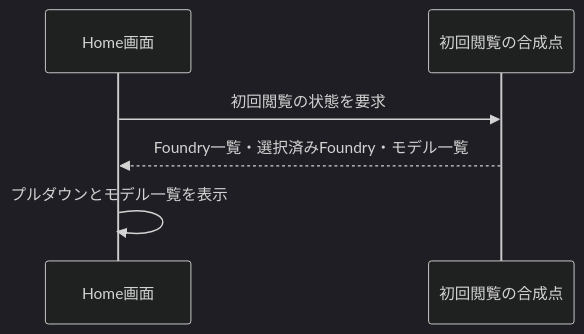
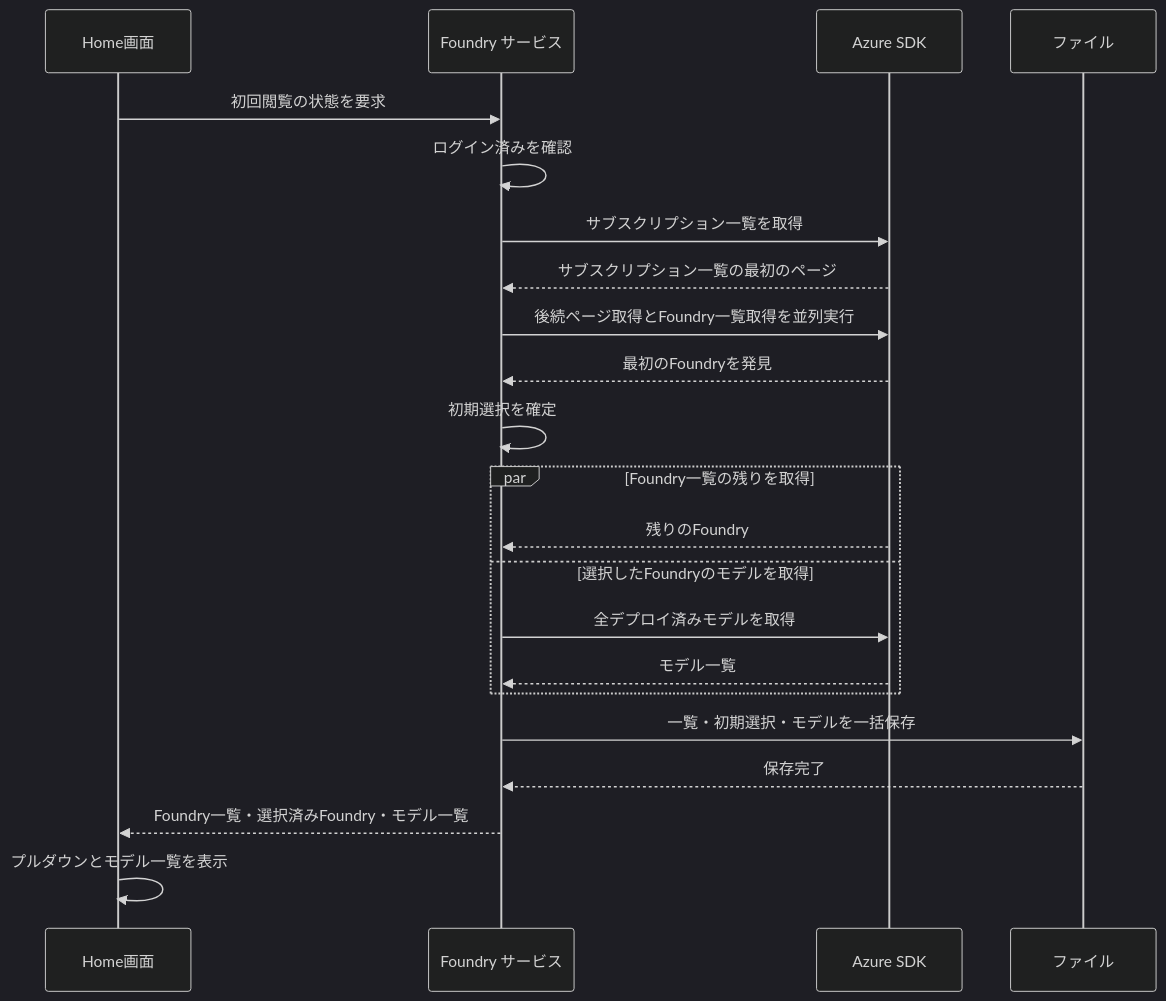
Before and after one commit to nuitsjp/azfoundry-deck: the fourth of 4 diagrams in docs/design/UCP-1.md, drawn with Mermaid (dark theme). The commit also changed other lines of this file and 20 other files, not shown here.

Commit message:
Connect initial Foundry browsing to Azure and file storage

````diff
--- a/docs/design/UCP-1.md
+++ b/docs/design/UCP-1.md
@@ -60,8 +63,24 @@
 ```mermaid
 sequenceDiagram
   participant U as Home画面
-  participant M as 初回閲覧の合成点
-  U->>M: 初回閲覧の状態を要求
-  M-->>U: Foundry一覧・選択済みFoundry・モデル一覧
+  participant S as Foundry サービス
+  participant K as Azure SDK
+  participant F as ファイル
+  U->>S: 初回閲覧の状態を要求
+  S->>S: ログイン済みを確認
+  S->>K: サブスクリプション一覧を取得
+  K-->>S: サブスクリプション一覧の最初のページ
+  S->>K: 後続ページ取得とFoundry一覧取得を並列実行
+  K-->>S: 最初のFoundryを発見
+  S->>S: 初期選択を確定
+  par Foundry一覧の残りを取得
+    K-->>S: 残りのFoundry
+  and 選択したFoundryのモデルを取得
+    S->>K: 全デプロイ済みモデルを取得
+    K-->>S: モデル一覧
+  end
+  S->>F: 一覧・初期選択・モデルを一括保存
+  F-->>S: 保存完了
+  S-->>U: Foundry一覧・選択済みFoundry・モデル一覧
   U->>U: プルダウンとモデル一覧を表示
 ```
````
